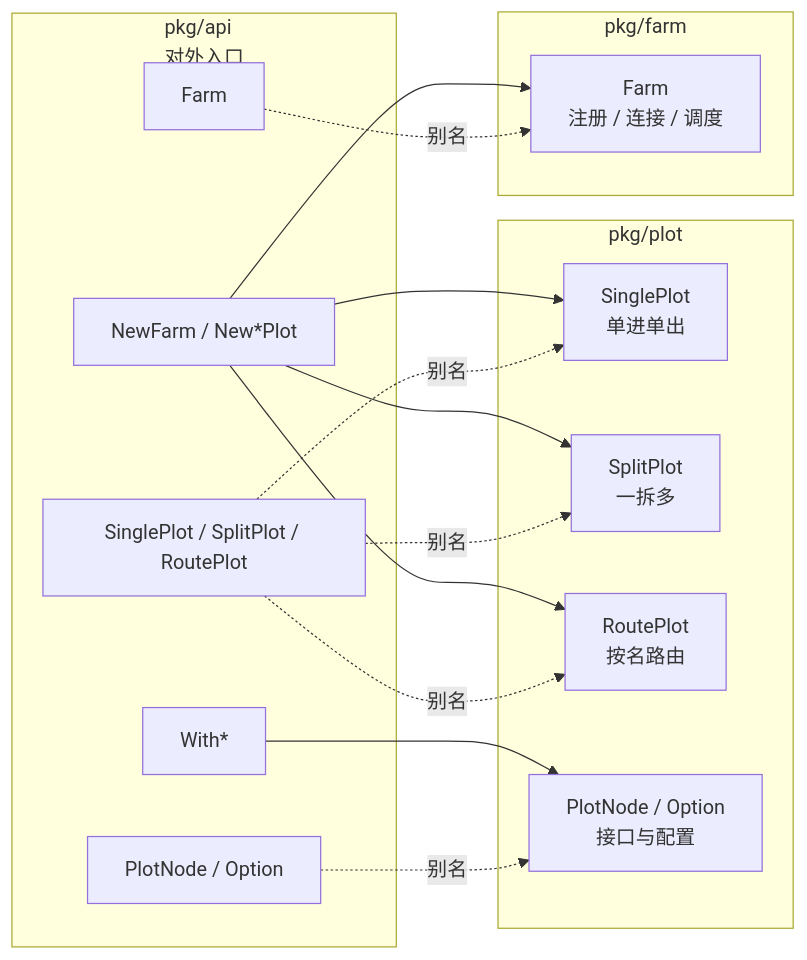
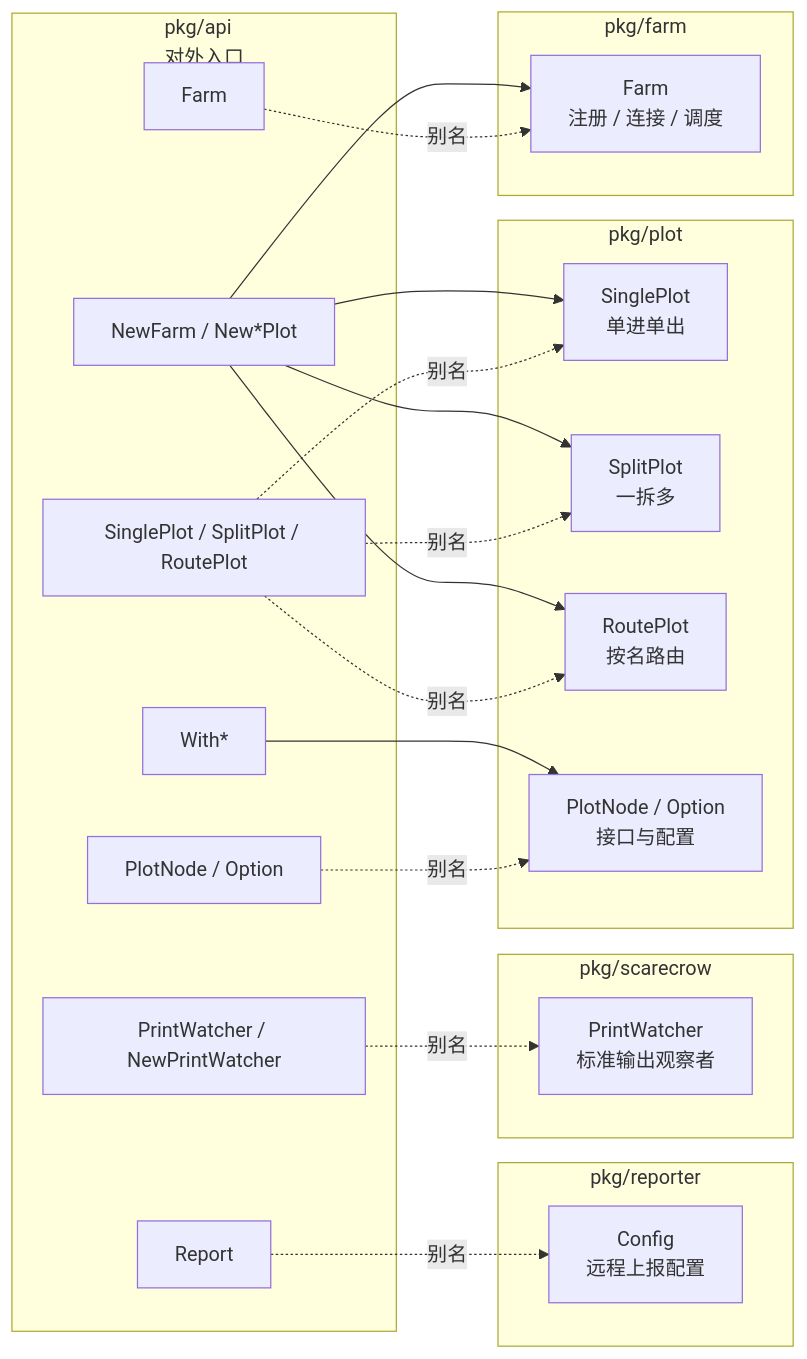
One commit to Mr-xiaotian/CelestialGrow changed the first of 2 diagrams in docs/zh-CN/pkg/api/api.md. Above: the diagram before and after it, drawn with Mermaid. The commit also changed other lines of this file and 49 other files, not shown here.

````diff
--- a/docs/zh-CN/pkg/api/api.md
+++ b/docs/zh-CN/pkg/api/api.md
@@ -49,32 +54,44 @@
 ```mermaid
 flowchart LR
     subgraph API["pkg/api<br/>对外入口"]
         A1[Farm]
         A2[SinglePlot / SplitPlot / RoutePlot]
         A3[PlotNode / Option]
         A4[NewFarm / New*Plot]
         A5[With*]
+        A6[PrintWatcher / NewPrintWatcher]
+        A7[Report]
     end
 
     subgraph FARM["pkg/farm"]
         F1[Farm<br/>注册 / 连接 / 调度]
     end
 
     subgraph PLOT["pkg/plot"]
         P1[SinglePlot<br/>单进单出]
         P2[SplitPlot<br/>一拆多]
         P3[RoutePlot<br/>按名路由]
         P4[PlotNode / Option<br/>接口与配置]
     end
 
+    subgraph SCARECROW["pkg/scarecrow"]
+        S1[PrintWatcher<br/>标准输出观察者]
+    end
+
+    subgraph REPORTER["pkg/reporter"]
+        R1[Config<br/>远程上报配置]
+    end
+
     A1 -.别名.-> F1
     A2 -.别名.-> P1
     A2 -.别名.-> P2
     A2 -.别名.-> P3
     A3 -.别名.-> P4
     A4 --> F1
     A4 --> P1
     A4 --> P2
     A4 --> P3
     A5 --> P4
+    A6 -.别名.-> S1
+    A7 -.别名.-> R1
 ```
````
